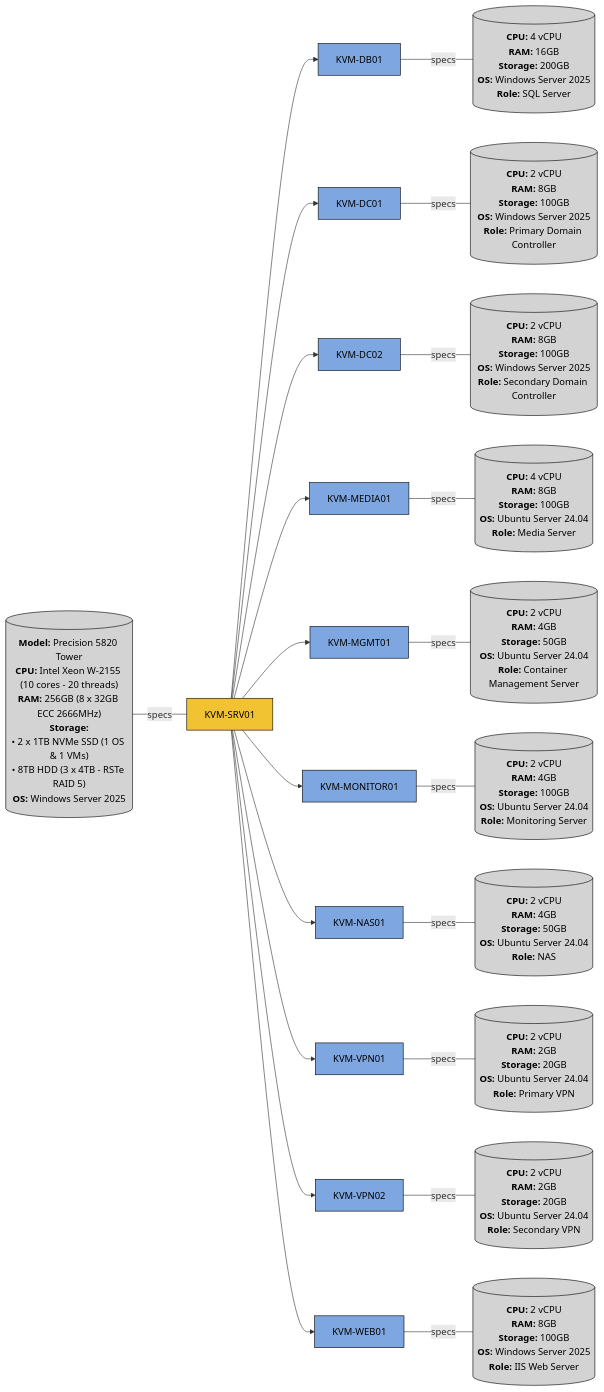
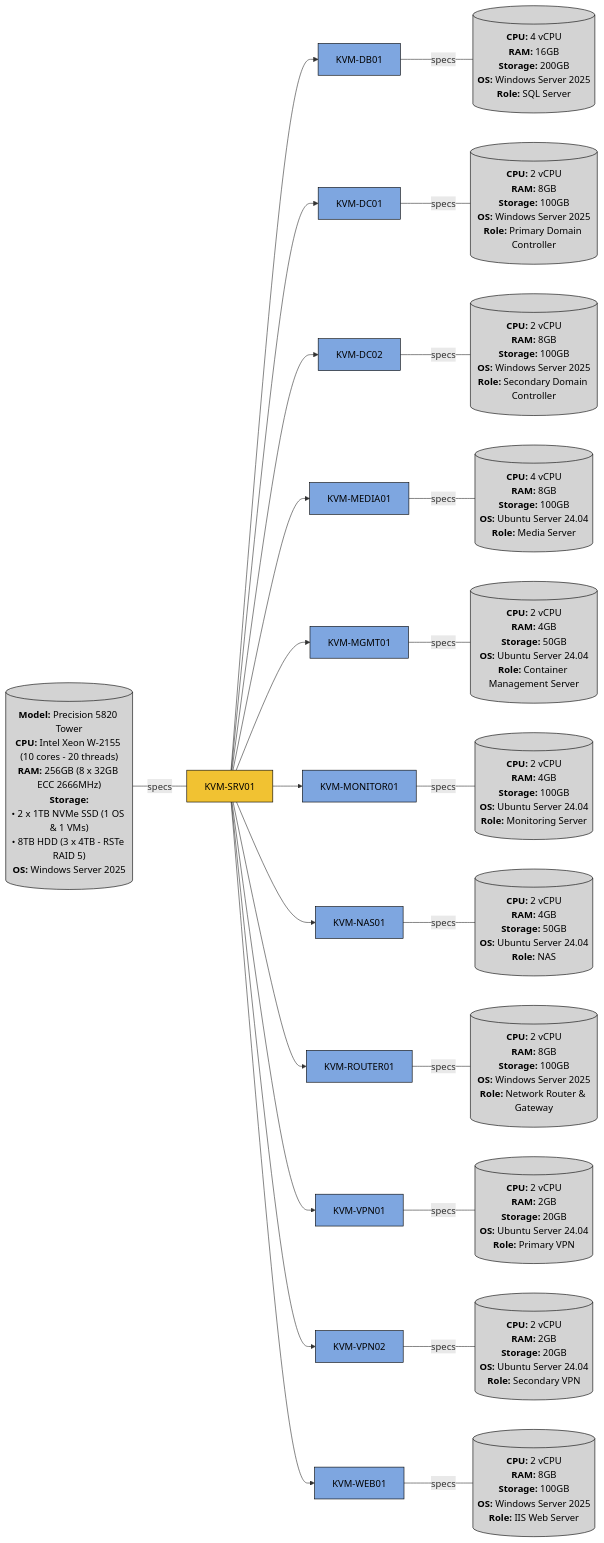
One commit to khangvum/homelab-ansible-config changed the diagram in README.md. Above: the diagram before and after it, drawn with Mermaid.

Commit message:
chore: added KVM-ROUTER01 to Infrastructure

````diff
--- a/README.md
+++ b/README.md
@@ -14,73 +14,78 @@
 ```mermaid
 flowchart LR
   %% 1. KVM-SRV01
   %% - Host
   SRV01_SPECS[("`**Model:** Precision 5820 Tower
                 **CPU:** Intel Xeon W-2155 (10 cores - 20 threads)
                 **RAM:** 256GB (8 x 32GB ECC 2666MHz)
                 **Storage:**
                 • 2 x 1TB NVMe SSD (1 OS & 1 VMs)
                 • 8TB HDD (3 x 4TB - RSTe RAID 5)
                 **OS:** Windows Server 2025`")] -- specs --- SRV01[KVM-SRV01]
 
   %% - VMs
   SRV01 --> DB01[KVM-DB01] -- specs --- DB01_SPECS[("`**CPU:** 4 vCPU
                                                       **RAM:** 16GB
                                                       **Storage:** 200GB
                                                       **OS:** Windows Server 2025
                                                       **Role:** SQL Server`")]
   SRV01 --> DC01[KVM-DC01] -- specs --- DC01_SPECS[("`**CPU:** 2 vCPU
                                                       **RAM:** 8GB
                                                       **Storage:** 100GB
                                                       **OS:** Windows Server 2025
                                                       **Role:** Primary Domain Controller`")]
   SRV01 --> DC02[KVM-DC02] -- specs --- DC02_SPECS[("`**CPU:** 2 vCPU
                                                       **RAM:** 8GB
                                                       **Storage:** 100GB
                                                       **OS:** Windows Server 2025
                                                       **Role:** Secondary Domain Controller`")]
   SRV01 --> MEDIA01[KVM-MEDIA01] -- specs --- MEDIA01_SPECS[("`**CPU:** 4 vCPU
                                                             **RAM:** 8GB
                                                             **Storage:** 100GB
                                                             **OS:** Ubuntu Server 24.04
                                                             **Role:** Media Server`")]
   SRV01 --> MGMT01[KVM-MGMT01] -- specs --- MGMT01_SPECS[("`**CPU:** 2 vCPU
                                                             **RAM:** 4GB
                                                             **Storage:** 50GB
                                                             **OS:** Ubuntu Server 24.04
                                                             **Role:** Container Management Server`")]
   SRV01 --> MONITOR01[KVM-MONITOR01] -- specs --- MONITOR01_SPECS[("`**CPU:** 2 vCPU
                                                                     **RAM:** 4GB
                                                                     **Storage:** 100GB
                                                                     **OS:** Ubuntu Server 24.04
                                                                     **Role:** Monitoring Server`")]
   SRV01 --> NAS01[KVM-NAS01] -- specs --- NAS01_SPECS[("`**CPU:** 2 vCPU
                                                         **RAM:** 4GB
                                                         **Storage:** 50GB
                                                         **OS:** Ubuntu Server 24.04
                                                         **Role:** NAS`")]
+  SRV01 --> ROUTER01[KVM-ROUTER01] -- specs --- ROUTER01_SPECS[("`**CPU:** 2 vCPU
+                                                                  **RAM:** 8GB
+                                                                  **Storage:** 100GB
+                                                                  **OS:** Windows Server 2025
+                                                                  **Role:** Network Router & Gateway`")]
   SRV01 --> VPN01[KVM-VPN01] -- specs --- VPN01_SPECS[("`**CPU:** 2 vCPU
                                                         **RAM:** 2GB
                                                         **Storage:** 20GB
                                                         **OS:** Ubuntu Server 24.04
                                                         **Role:** Primary VPN`")]
   SRV01 --> VPN02[KVM-VPN02] -- specs --- VPN02_SPECS[("`**CPU:** 2 vCPU
                                                         **RAM:** 2GB
                                                         **Storage:** 20GB
                                                         **OS:** Ubuntu Server 24.04
                                                         **Role:** Secondary VPN`")]
   SRV01 --> WEB01[KVM-WEB01] -- specs --- WEB01_SPECS[("`**CPU:** 2 vCPU
                                                         **RAM:** 8GB
                                                         **Storage:** 100GB
                                                         **OS:** Windows Server 2025
                                                         **Role:** IIS Web Server`")]
   
 
   %% Styling
   class SRV01 hosts
   classDef hosts fill:#f1c232,stroke:#000,color:#000
-  class DB01,DC01,DC02,MEDIA01,MGMT01,MONITOR01,NAS01,VPN01,VPN02,WEB01,WRK01,WRK02,WRK03,WRK04 vms
+  class DB01,DC01,DC02,MEDIA01,MGMT01,MONITOR01,NAS01,ROUTER01,VPN01,VPN02,WEB01 vms
   classDef vms fill:#7ea6e0,stroke:#000,color:#000
-  class SRV01_SPECS,DB01_SPECS,DC01_SPECS,DC02_SPECS,MEDIA01_SPECS,MGMT01_SPECS,MONITOR01_SPECS,NAS01_SPECS,VPN01_SPECS,VPN02_SPECS,WEB01_SPECS,WRK01_SPECS,WRK02_SPECS,WRK03_SPECS,WRK04_SPECS specs
+  class SRV01_SPECS,DB01_SPECS,DC01_SPECS,DC02_SPECS,MEDIA01_SPECS,MGMT01_SPECS,MONITOR01_SPECS,NAS01_SPECS,ROUTER01_SPECS,VPN01_SPECS,VPN02_SPECS,WEB01_SPECS,WRK01_SPECS,WRK02_SPECS,WRK03_SPECS,WRK04_SPECS specs
   classDef specs fill:#d3d3d3,stroke:#000,color:#000
 ```
````
